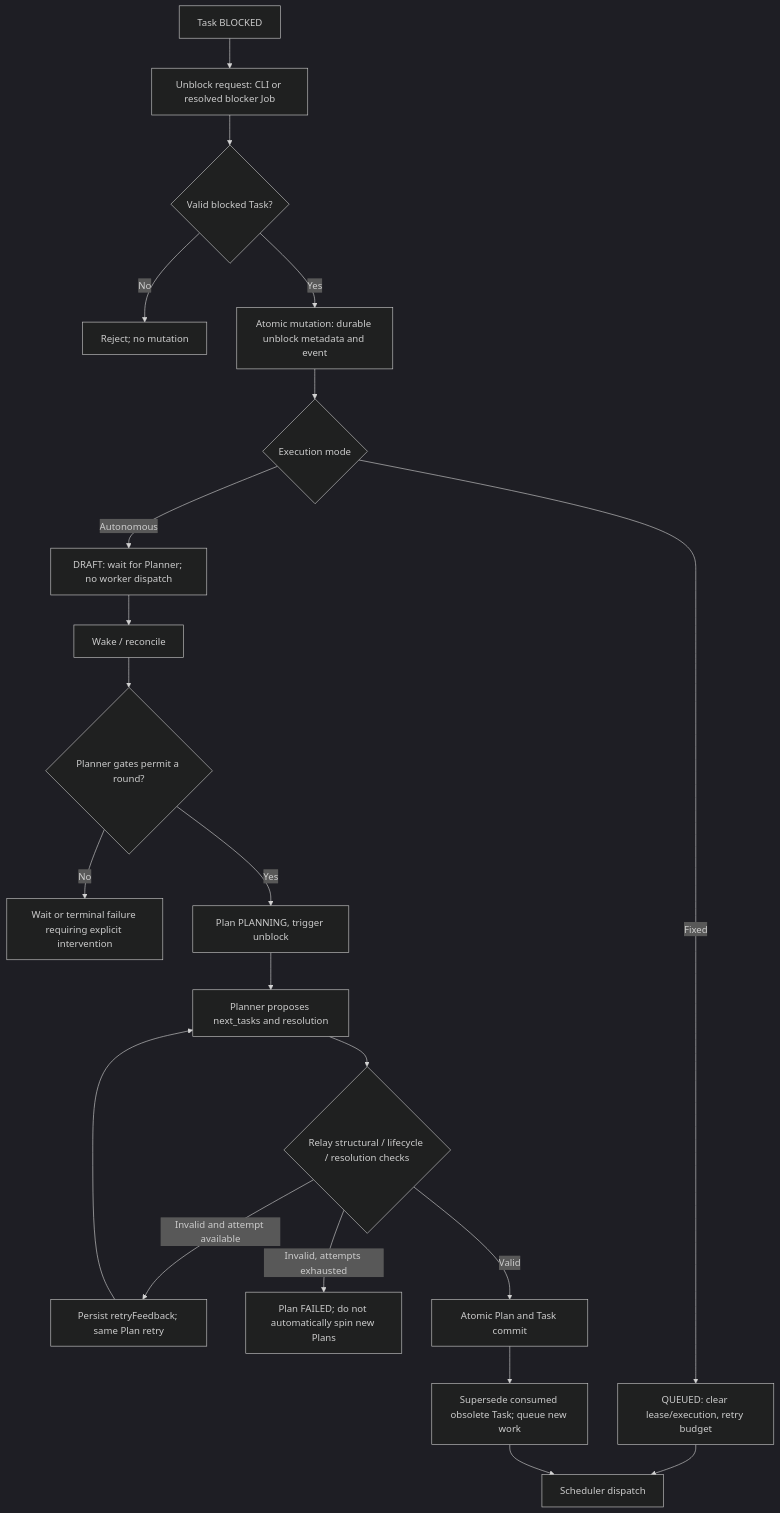
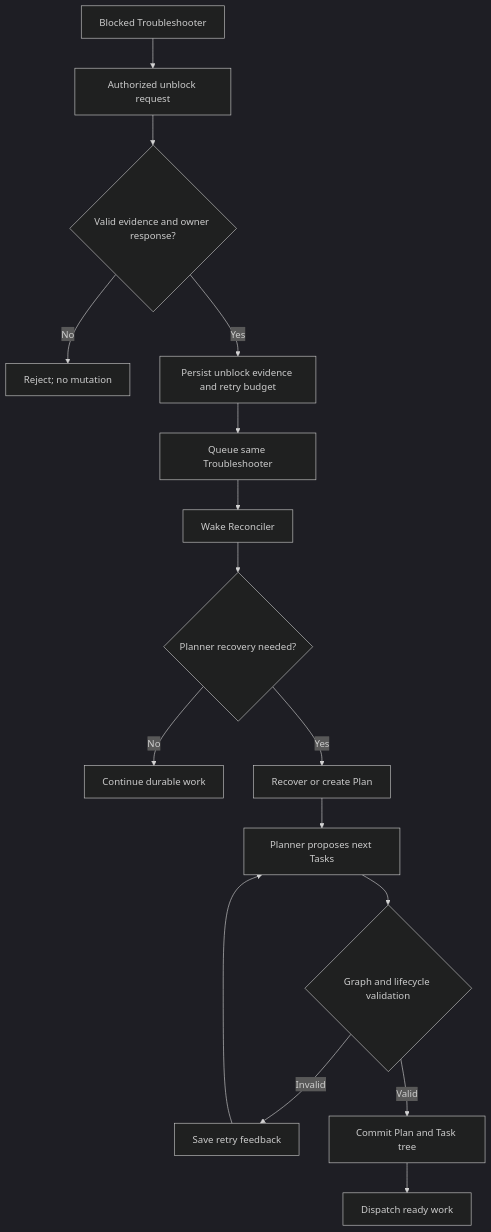
Before and after one commit to lalalic/agents-relay: the diagram in docs/unblock-resolution-workflow.md, drawn with Mermaid (dark theme). The commit also changed other lines of this file and 71 other files, not shown here.

````diff
--- a/docs/unblock-resolution-workflow.md
+++ b/docs/unblock-resolution-workflow.md
@@ -7,23 +7,18 @@
 ```mermaid
 flowchart TD
-  B[Task BLOCKED] --> U[Unblock request: CLI or resolved blocker Job]
-  U --> V{Valid blocked Task?}
+  B[Blocked Troubleshooter] --> U[Authorized unblock request]
+  U --> V{Valid evidence and owner response?}
   V -->|No| X[Reject; no mutation]
-  V -->|Yes| R[Atomic mutation: durable unblock metadata and event]
-  R --> M{Execution mode}
-  M -->|Fixed| Q[QUEUED: clear lease/execution, retry budget]
-  M -->|Autonomous| D[DRAFT: wait for Planner; no worker dispatch]
-  D --> W[Wake / reconcile]
-  W --> G{Planner gates permit a round?}
-  G -->|No| P[Wait or terminal failure requiring explicit intervention]
-  G -->|Yes| L[Plan PLANNING, trigger unblock]
-  L --> O[Planner proposes next_tasks and resolution]
-  O --> C{Relay structural / lifecycle / resolution checks}
-  C -->|Invalid and attempt available| F[Persist retryFeedback; same Plan retry]
+  V -->|Yes| R[Persist unblock evidence and retry budget]
+  R --> Q[Queue same Troubleshooter]
+  Q --> W[Wake Reconciler]
+  W --> G{Planner recovery needed?}
+  G -->|No| P[Continue durable work]
+  G -->|Yes| L[Recover or create Plan]
+  L --> O[Planner proposes next Tasks]
+  O --> C{Graph and lifecycle validation}
+  C -->|Invalid| F[Save retry feedback]
   F --> O
-  C -->|Invalid, attempts exhausted| E[Plan FAILED; do not automatically spin new Plans]
-  C -->|Valid| S[Atomic Plan and Task commit]
-  S --> T[Supersede consumed obsolete Task; queue new work]
-  Q --> A[Scheduler dispatch]
-  T --> A
+  C -->|Valid| S[Commit Plan and Task tree]
+  S --> T[Dispatch ready work]
 ```
````
